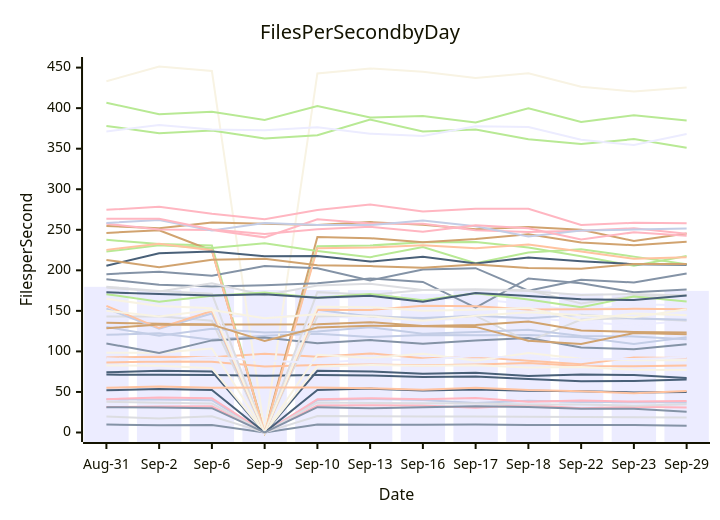
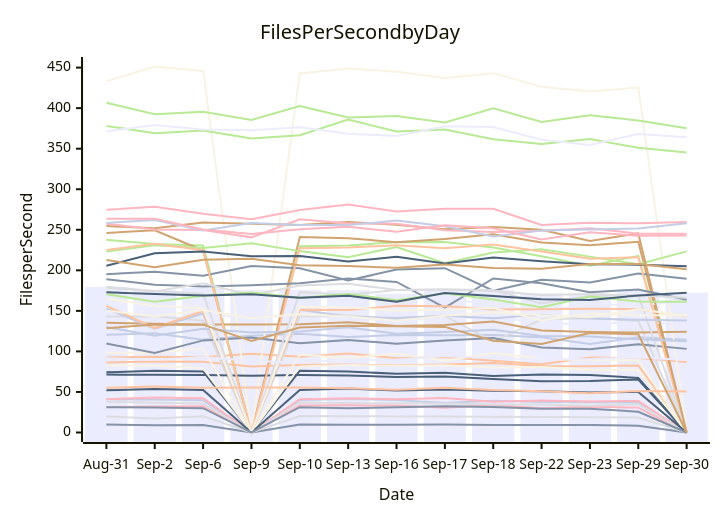
The diagram in perf-report.md (streetsidesoftware/cspell), drawn with Mermaid before and after one commit. The commit also changed other lines of this file and 1 other file, not shown here.

````diff
--- a/perf-report.md
+++ b/perf-report.md
@@ -10,56 +10,56 @@
 ```mermaid
 xychart-beta
     title Files Per Second by Day
     y-axis Files per Second
-    x-axis Date [Aug-31, Sep-2, Sep-6, Sep-9, Sep-10, Sep-13, Sep-16, Sep-17, Sep-18, Sep-22, Sep-23, Sep-29]
-    bar [179.62, 175.68, 178.38, 175.73, 175.70, 175.56, 170.99, 174.42, 176.15, 171.49, 170.60, 174.68]
-    line [9.81, 8.92, 9.30, 0.00, 9.85, 9.67, 9.68, 9.92, 9.37, 9.23, 9.26, 8.29]
-    line [92.49, 93.42, 92.85, 96.99, 93.46, 97.52, 91.70, 93.14, 88.50, 84.12, 92.41, 91.76]
-    line [19.78, 17.23, 19.98, 0.00, 20.38, 20.10, 19.75, 19.58, 19.44, 18.99, 18.71, 18.44]
-    line [237.57, 232.38, 230.54, 0.00, 229.61, 230.62, 234.72, 234.92, 228.04, 217.32, 205.66, 217.69]
-    line [246.15, 249.29, 224.39, 0.00, 241.04, 239.64, 234.60, 238.64, 244.36, 234.31, 230.98, 235.16]
-    line [120.42, 122.42, 114.54, 119.33, 121.78, 117.69, 120.09, 120.05, 120.31, 117.43, 109.01, 117.33]
-    line [31.46, 31.96, 32.39, 0.00, 33.27, 33.48, 33.18, 30.65, 34.02, 29.87, 31.63, 30.68]
-    line [74.15, 76.26, 75.33, 0.00, 76.18, 75.30, 72.34, 73.59, 69.54, 71.59, 70.97, 67.35]
-    line [433.22, 451.36, 445.82, 0.00, 442.79, 448.98, 444.77, 437.29, 443.15, 426.39, 420.42, 425.42]
-    line [140.70, 140.40, 143.33, 143.38, 143.55, 140.59, 138.57, 140.62, 141.72, 135.93, 132.42, 137.90]
-    line [195.27, 198.37, 193.18, 205.21, 202.42, 187.59, 200.94, 202.64, 174.86, 188.42, 184.98, 195.97]
-    line [86.32, 87.46, 87.14, 81.35, 83.34, 83.78, 82.79, 83.96, 85.57, 82.01, 81.81, 82.67]
-    line [143.16, 143.31, 137.86, 0.00, 143.10, 144.41, 139.70, 143.74, 112.39, 139.33, 141.10, 137.72]
-    line [223.20, 230.93, 227.50, 233.38, 223.69, 216.25, 228.77, 208.66, 221.89, 226.09, 216.90, 207.46]
-    line [135.44, 134.10, 133.16, 133.12, 133.37, 136.08, 131.30, 132.64, 136.81, 125.88, 123.97, 123.26]
-    line [40.88, 40.72, 39.85, 0.00, 39.94, 41.26, 40.08, 36.34, 39.18, 37.74, 37.18, 36.89]
-    line [274.59, 278.30, 269.85, 262.88, 274.40, 281.31, 272.54, 275.91, 275.97, 256.03, 258.54, 258.01]
-    line [71.44, 71.07, 70.80, 70.10, 70.83, 70.27, 68.51, 69.01, 65.91, 63.15, 63.41, 65.35]
-    line [98.42, 98.44, 103.61, 0.00, 95.82, 91.96, 97.25, 88.47, 97.89, 91.06, 89.08, 89.06]
-    line [168.59, 168.11, 162.00, 0.00, 166.81, 166.56, 165.69, 164.68, 158.25, 149.51, 158.09, 156.96]
-    line [109.73, 98.03, 113.59, 117.23, 110.00, 114.04, 109.51, 113.51, 116.46, 104.81, 102.79, 108.89]
-    line [225.22, 232.84, 224.81, 0.00, 227.34, 228.09, 230.87, 227.16, 231.88, 223.22, 214.31, 216.24]
-    line [179.72, 174.42, 171.06, 0.00, 173.10, 169.76, 175.73, 176.36, 175.75, 159.14, 168.41, 169.31]
-    line [378.12, 369.19, 372.46, 362.58, 366.57, 385.92, 371.23, 373.66, 361.57, 355.78, 361.81, 351.17]
-    line [254.64, 251.96, 258.89, 257.30, 255.86, 259.52, 256.30, 250.62, 253.31, 250.10, 236.21, 245.48]
-    line [152.77, 128.16, 146.70, 0.00, 151.25, 142.95, 141.14, 143.95, 140.92, 145.29, 140.59, 139.11]
-    line [41.01, 43.29, 42.33, 0.00, 41.15, 42.24, 41.01, 42.53, 38.05, 39.43, 38.14, 38.94]
-    line [205.56, 221.13, 223.08, 217.30, 217.60, 210.80, 216.66, 208.33, 215.69, 211.15, 207.60, 206.93]
-    line [82.69, 82.19, 79.19, 0.00, 81.30, 83.34, 82.19, 82.78, 80.29, 80.65, 77.47, 76.93]
-    line [371.32, 379.20, 373.63, 372.65, 376.36, 368.52, 365.71, 377.56, 376.77, 361.09, 354.59, 368.19]
-    line [189.02, 182.17, 179.93, 181.55, 184.12, 189.95, 185.74, 153.97, 189.99, 184.11, 172.95, 176.46]
-    line [156.20, 128.81, 149.88, 0.00, 151.49, 151.06, 156.36, 155.63, 151.63, 151.94, 152.50, 152.06]
-    line [37.79, 36.83, 35.85, 0.00, 37.06, 36.42, 35.98, 35.70, 34.54, 34.55, 33.11, 34.81]
-    line [406.57, 392.41, 395.48, 385.49, 402.68, 388.38, 390.24, 382.26, 399.81, 383.04, 391.20, 384.82]
-    line [212.85, 203.78, 213.00, 214.26, 206.28, 205.22, 203.09, 207.23, 202.88, 201.82, 207.79, 207.90]
-    line [130.04, 119.32, 127.89, 123.29, 124.49, 129.64, 121.66, 124.08, 126.72, 119.08, 118.45, 114.87]
-    line [257.53, 250.46, 249.77, 240.66, 262.89, 257.78, 257.49, 249.43, 247.25, 248.88, 251.75, 245.20]
-    line [52.00, 53.54, 52.52, 0.00, 52.32, 54.12, 51.77, 53.09, 51.40, 50.85, 49.44, 50.07]
-    line [164.92, 155.92, 153.19, 0.00, 155.03, 154.46, 150.27, 151.44, 153.53, 138.23, 146.78, 144.54]
-    line [91.57, 89.68, 92.88, 88.59, 86.05, 89.85, 89.86, 94.27, 91.54, 90.45, 90.71, 92.55]
-    line [31.04, 30.96, 30.04, 0.00, 31.22, 29.93, 31.17, 32.23, 31.60, 29.23, 29.18, 25.62]
-    line [55.19, 56.79, 55.22, 55.40, 55.63, 54.54, 52.86, 55.21, 52.35, 50.94, 48.45, 51.30]
-    line [178.67, 173.82, 183.91, 169.15, 181.18, 183.51, 175.60, 176.44, 174.39, 169.65, 170.91, 168.95]
-    line [170.61, 161.33, 168.54, 172.61, 166.17, 170.88, 163.08, 171.82, 163.97, 154.58, 167.67, 161.60]
-    line [128.57, 133.06, 133.03, 112.77, 129.44, 131.63, 130.97, 130.22, 113.06, 109.25, 122.56, 121.09]
-    line [258.50, 262.12, 249.11, 258.37, 255.88, 255.75, 261.30, 254.48, 241.79, 249.14, 250.28, 251.57]
-    line [263.63, 263.57, 250.38, 244.75, 250.69, 253.77, 247.48, 255.65, 251.83, 237.98, 246.89, 242.54]
-    line [172.99, 170.71, 168.98, 170.63, 166.15, 168.68, 161.23, 172.09, 168.48, 164.20, 163.31, 169.03]
-    line [150.29, 143.06, 151.08, 140.90, 145.94, 143.19, 137.67, 143.95, 148.30, 144.49, 142.14, 152.04]
+    x-axis Date [Aug-31, Sep-2, Sep-6, Sep-9, Sep-10, Sep-13, Sep-16, Sep-17, Sep-18, Sep-22, Sep-23, Sep-29, Sep-30]
+    bar [179.62, 175.68, 178.38, 175.73, 175.70, 175.56, 170.99, 174.42, 176.15, 171.49, 170.60, 174.68, 172.58]
+    line [9.81, 8.92, 9.30, 0.00, 9.85, 9.67, 9.68, 9.92, 9.37, 9.23, 9.26, 8.29, 0.00]
+    line [92.49, 93.42, 92.85, 96.99, 93.46, 97.52, 91.70, 93.14, 88.50, 84.12, 92.41, 91.76, 86.84]
+    line [19.78, 17.23, 19.98, 0.00, 20.38, 20.10, 19.75, 19.58, 19.44, 18.99, 18.71, 18.44, 0.00]
+    line [237.57, 232.38, 230.54, 0.00, 229.61, 230.62, 234.72, 234.92, 228.04, 217.32, 205.66, 217.69, 0.00]
+    line [246.15, 249.29, 224.39, 0.00, 241.04, 239.64, 234.60, 238.64, 244.36, 234.31, 230.98, 235.16, 0.00]
+    line [120.42, 122.42, 114.54, 119.33, 121.78, 117.69, 120.09, 120.05, 120.31, 117.43, 109.01, 117.33, 114.51]
+    line [31.46, 31.96, 32.39, 0.00, 33.27, 33.48, 33.18, 30.65, 34.02, 29.87, 31.63, 30.68, 0.00]
+    line [74.15, 76.26, 75.33, 0.00, 76.18, 75.30, 72.34, 73.59, 69.54, 71.59, 70.97, 67.35, 0.00]
+    line [433.22, 451.36, 445.82, 0.00, 442.79, 448.98, 444.77, 437.29, 443.15, 426.39, 420.42, 425.42, 0.00]
+    line [140.70, 140.40, 143.33, 143.38, 143.55, 140.59, 138.57, 140.62, 141.72, 135.93, 132.42, 137.90, 131.39]
+    line [195.27, 198.37, 193.18, 205.21, 202.42, 187.59, 200.94, 202.64, 174.86, 188.42, 184.98, 195.97, 189.74]
+    line [86.32, 87.46, 87.14, 81.35, 83.34, 83.78, 82.79, 83.96, 85.57, 82.01, 81.81, 82.67, 0.00]
+    line [143.16, 143.31, 137.86, 0.00, 143.10, 144.41, 139.70, 143.74, 112.39, 139.33, 141.10, 137.72, 0.00]
+    line [223.20, 230.93, 227.50, 233.38, 223.69, 216.25, 228.77, 208.66, 221.89, 226.09, 216.90, 207.46, 223.39]
+    line [135.44, 134.10, 133.16, 133.12, 133.37, 136.08, 131.30, 132.64, 136.81, 125.88, 123.97, 123.26, 124.35]
+    line [40.88, 40.72, 39.85, 0.00, 39.94, 41.26, 40.08, 36.34, 39.18, 37.74, 37.18, 36.89, 0.00]
+    line [274.59, 278.30, 269.85, 262.88, 274.40, 281.31, 272.54, 275.91, 275.97, 256.03, 258.54, 258.01, 259.58]
+    line [71.44, 71.07, 70.80, 70.10, 70.83, 70.27, 68.51, 69.01, 65.91, 63.15, 63.41, 65.35, 0.00]
+    line [98.42, 98.44, 103.61, 0.00, 95.82, 91.96, 97.25, 88.47, 97.89, 91.06, 89.08, 89.06, 0.00]
+    line [168.59, 168.11, 162.00, 0.00, 166.81, 166.56, 165.69, 164.68, 158.25, 149.51, 158.09, 156.96, 161.98]
+    line [109.73, 98.03, 113.59, 117.23, 110.00, 114.04, 109.51, 113.51, 116.46, 104.81, 102.79, 108.89, 103.13]
+    line [225.22, 232.84, 224.81, 0.00, 227.34, 228.09, 230.87, 227.16, 231.88, 223.22, 214.31, 216.24, 0.00]
+    line [179.72, 174.42, 171.06, 0.00, 173.10, 169.76, 175.73, 176.36, 175.75, 159.14, 168.41, 169.31, 0.00]
+    line [378.12, 369.19, 372.46, 362.58, 366.57, 385.92, 371.23, 373.66, 361.57, 355.78, 361.81, 351.17, 345.43]
+    line [254.64, 251.96, 258.89, 257.30, 255.86, 259.52, 256.30, 250.62, 253.31, 250.10, 236.21, 245.48, 0.00]
+    line [152.77, 128.16, 146.70, 0.00, 151.25, 142.95, 141.14, 143.95, 140.92, 145.29, 140.59, 139.11, 138.01]
+    line [41.01, 43.29, 42.33, 0.00, 41.15, 42.24, 41.01, 42.53, 38.05, 39.43, 38.14, 38.94, 0.00]
+    line [205.56, 221.13, 223.08, 217.30, 217.60, 210.80, 216.66, 208.33, 215.69, 211.15, 207.60, 206.93, 205.06]
+    line [82.69, 82.19, 79.19, 0.00, 81.30, 83.34, 82.19, 82.78, 80.29, 80.65, 77.47, 76.93, 0.00]
+    line [371.32, 379.20, 373.63, 372.65, 376.36, 368.52, 365.71, 377.56, 376.77, 361.09, 354.59, 368.19, 364.07]
+    line [189.02, 182.17, 179.93, 181.55, 184.12, 189.95, 185.74, 153.97, 189.99, 184.11, 172.95, 176.46, 163.78]
+    line [156.20, 128.81, 149.88, 0.00, 151.49, 151.06, 156.36, 155.63, 151.63, 151.94, 152.50, 152.06, 143.32]
+    line [37.79, 36.83, 35.85, 0.00, 37.06, 36.42, 35.98, 35.70, 34.54, 34.55, 33.11, 34.81, 0.00]
+    line [406.57, 392.41, 395.48, 385.49, 402.68, 388.38, 390.24, 382.26, 399.81, 383.04, 391.20, 384.82, 375.34]
+    line [212.85, 203.78, 213.00, 214.26, 206.28, 205.22, 203.09, 207.23, 202.88, 201.82, 207.79, 207.90, 201.29]
+    line [130.04, 119.32, 127.89, 123.29, 124.49, 129.64, 121.66, 124.08, 126.72, 119.08, 118.45, 114.87, 112.49]
+    line [257.53, 250.46, 249.77, 240.66, 262.89, 257.78, 257.49, 249.43, 247.25, 248.88, 251.75, 245.20, 245.06]
+    line [52.00, 53.54, 52.52, 0.00, 52.32, 54.12, 51.77, 53.09, 51.40, 50.85, 49.44, 50.07, 0.00]
+    line [164.92, 155.92, 153.19, 0.00, 155.03, 154.46, 150.27, 151.44, 153.53, 138.23, 146.78, 144.54, 144.66]
+    line [91.57, 89.68, 92.88, 88.59, 86.05, 89.85, 89.86, 94.27, 91.54, 90.45, 90.71, 92.55, 89.39]
+    line [31.04, 30.96, 30.04, 0.00, 31.22, 29.93, 31.17, 32.23, 31.60, 29.23, 29.18, 25.62, 0.00]
+    line [55.19, 56.79, 55.22, 55.40, 55.63, 54.54, 52.86, 55.21, 52.35, 50.94, 48.45, 51.30, 50.59]
+    line [178.67, 173.82, 183.91, 169.15, 181.18, 183.51, 175.60, 176.44, 174.39, 169.65, 170.91, 168.95, 166.28]
+    line [170.61, 161.33, 168.54, 172.61, 166.17, 170.88, 163.08, 171.82, 163.97, 154.58, 167.67, 161.60, 161.14]
+    line [128.57, 133.06, 133.03, 112.77, 129.44, 131.63, 130.97, 130.22, 113.06, 109.25, 122.56, 121.09, 0.00]
+    line [258.50, 262.12, 249.11, 258.37, 255.88, 255.75, 261.30, 254.48, 241.79, 249.14, 250.28, 251.57, 258.18]
+    line [263.63, 263.57, 250.38, 244.75, 250.69, 253.77, 247.48, 255.65, 251.83, 237.98, 246.89, 242.54, 243.09]
+    line [172.99, 170.71, 168.98, 170.63, 166.15, 168.68, 161.23, 172.09, 168.48, 164.20, 163.31, 169.03, 172.29]
+    line [150.29, 143.06, 151.08, 140.90, 145.94, 143.19, 137.67, 143.95, 148.30, 144.49, 142.14, 152.04, 143.84]
 ```
````
